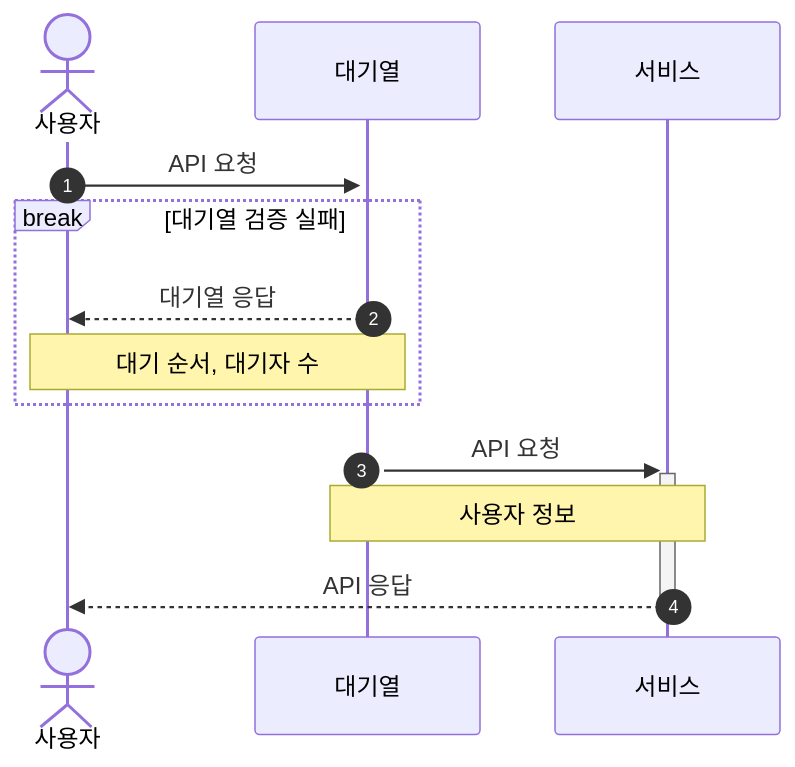
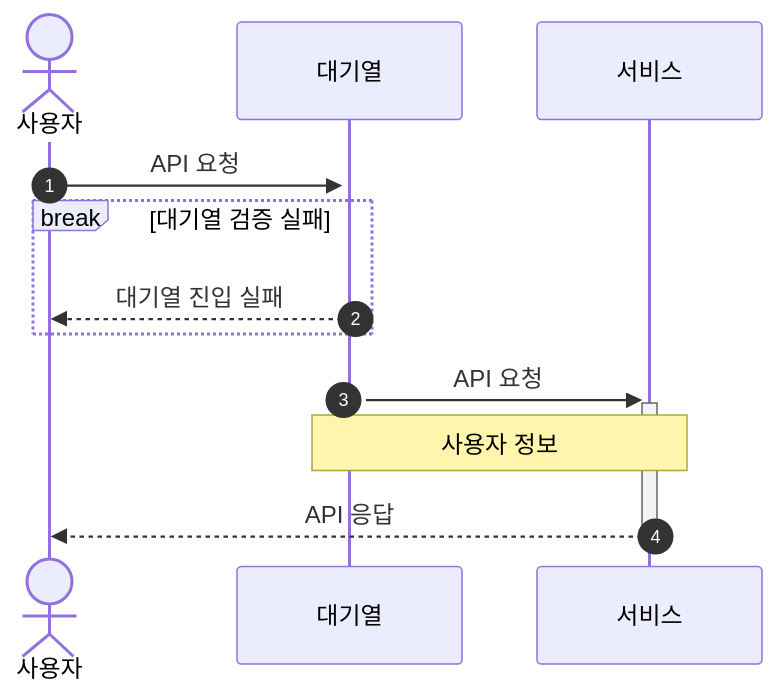
The second of 8 diagrams in README.md (kdelay/Concert-Booking), drawn with Mermaid before and after one commit. The commit also changed other lines of this file, not shown here.

First line of the commit message:
docs: [#1] 토큰 발급, 대기열 검증, 결제 수정

````diff
--- a/README.md
+++ b/README.md
@@ -80,13 +81,12 @@
 ```mermaid
 sequenceDiagram
     autonumber
     actor 사용자
     사용자 ->>+ 대기열: API 요청
     break 대기열 검증 실패
-        대기열 -->> 사용자: 대기열 응답
-        Note over 사용자, 대기열: 대기 순서, 대기자 수
+        대기열 -->> 사용자: 대기열 진입 실패
     end
     대기열 ->>+ 서비스: API 요청
     Note over 대기열, 서비스: 사용자 정보
     서비스 -->>- 사용자: API 응답
 ```
````
